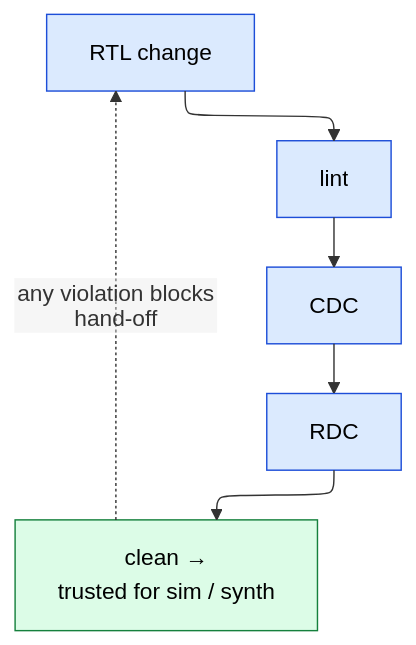
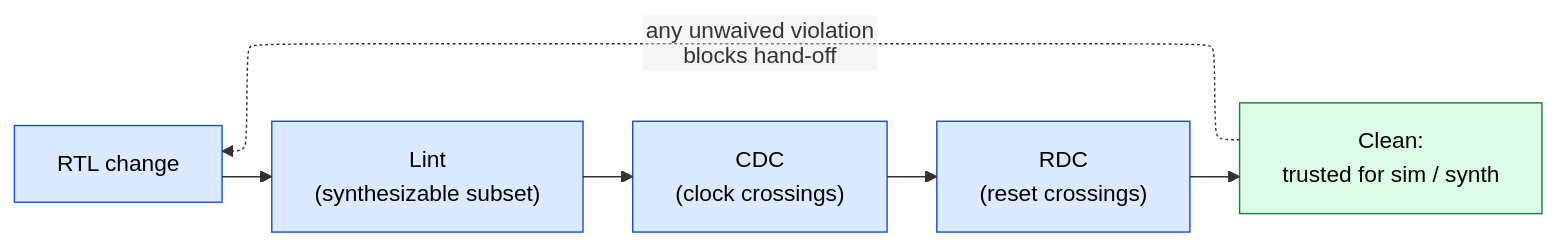
One commit to Wty2003328/silicon-design-notebook changed the diagram in 03_Frontend_RTL_and_Verification/07_Lint_CDC_RDC_Signoff.md. Above: the diagram before and after it, drawn with Mermaid. The commit also changed other lines of this file and 22 other files, not shown here.

Commit message:
Concept-first hard rework complete: all 48 architecture/design pages (trimmed signal dumps; added trade-off analysis + theoretical depth)

````diff
--- a/03_Frontend_RTL_and_Verification/07_Lint_CDC_RDC_Signoff.md
+++ b/03_Frontend_RTL_and_Verification/07_Lint_CDC_RDC_Signoff.md
@@ -79,10 +156,10 @@
 ```mermaid
 %%{init: {"flowchart": {"defaultRenderer": "elk", "nodeSpacing": 60, "rankSpacing": 60, "htmlLabels": false}}}%%
-flowchart TD
-    C["RTL change"] --> L["lint"] --> CDC["CDC"] --> RDC["RDC"] --> OK["clean →<br/>trusted for sim / synth"]
-    OK -.->|"any violation blocks hand-off"| C
+flowchart LR
+    C["RTL change"] --> L["Lint\n(synthesizable subset)"] --> CDC["CDC\n(clock crossings)"] --> RDC["RDC\n(reset crossings)"] --> OK["Clean:\ntrusted for sim / synth"]
+    OK -.->|any unwaived violation blocks hand-off| C
     classDef s fill:#dbeafe,stroke:#1d4ed8,color:#000
     classDef g fill:#dcfce7,stroke:#15803d,color:#000
     class C,L,CDC,RDC s
     class OK g
 ```
````
